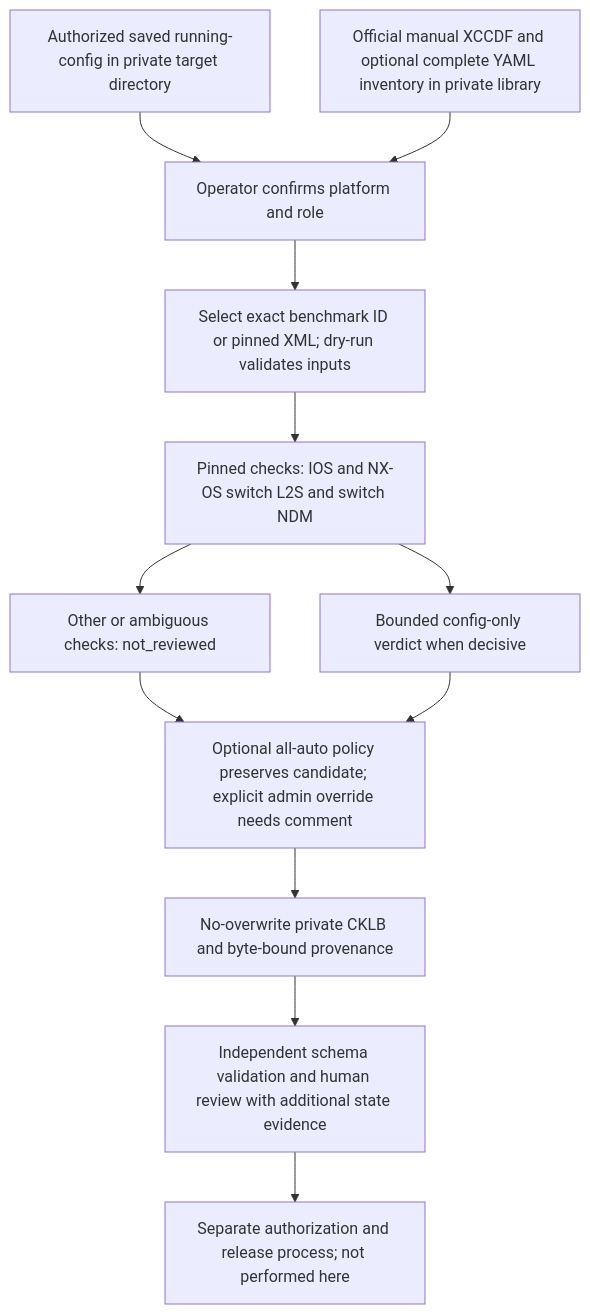
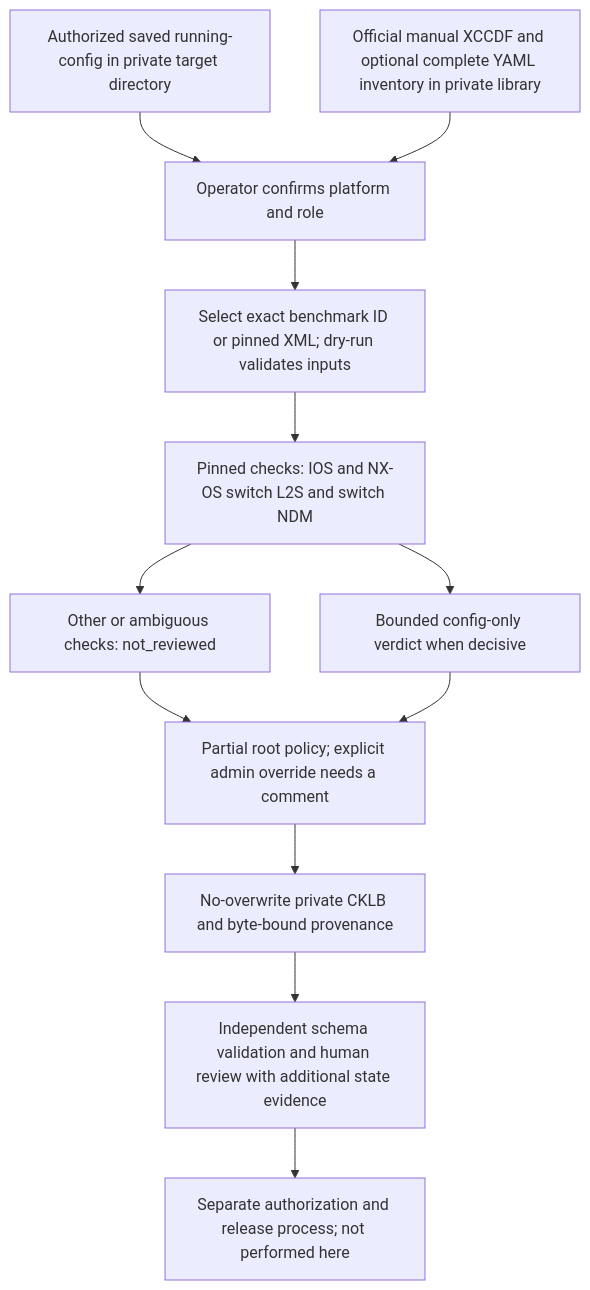
The diagram in docs/CISCO-CONFIG.md (zcook44/burden-of-proof), drawn with Mermaid before and after one commit. The commit also changed other lines of this file and 91 other files, not shown here.

First line of the commit message:
Share one tailoring schema between docket and checkmate.

````diff
--- a/docs/CISCO-CONFIG.md
+++ b/docs/CISCO-CONFIG.md
@@ -9,14 +9,14 @@
 ```mermaid
 flowchart TD
   A[Authorized saved running-config in private target directory] --> C[Operator confirms platform and role]
   B[Official manual XCCDF and optional complete YAML inventory in private library] --> C
   C --> D[Select exact benchmark ID or pinned XML; dry-run validates inputs]
   D --> E[Pinned checks: IOS and NX-OS switch L2S and switch NDM]
   E --> F[Other or ambiguous checks: not_reviewed]
   E --> G[Bounded config-only verdict when decisive]
-  F --> H[Optional all-auto policy preserves candidate; explicit admin override needs comment]
+  F --> H[Partial root policy; explicit admin override needs a comment]
   G --> H
   H --> I[No-overwrite private CKLB and byte-bound provenance]
   I --> J[Independent schema validation and human review with additional state evidence]
   J --> K[Separate authorization and release process; not performed here]
 ```
````
